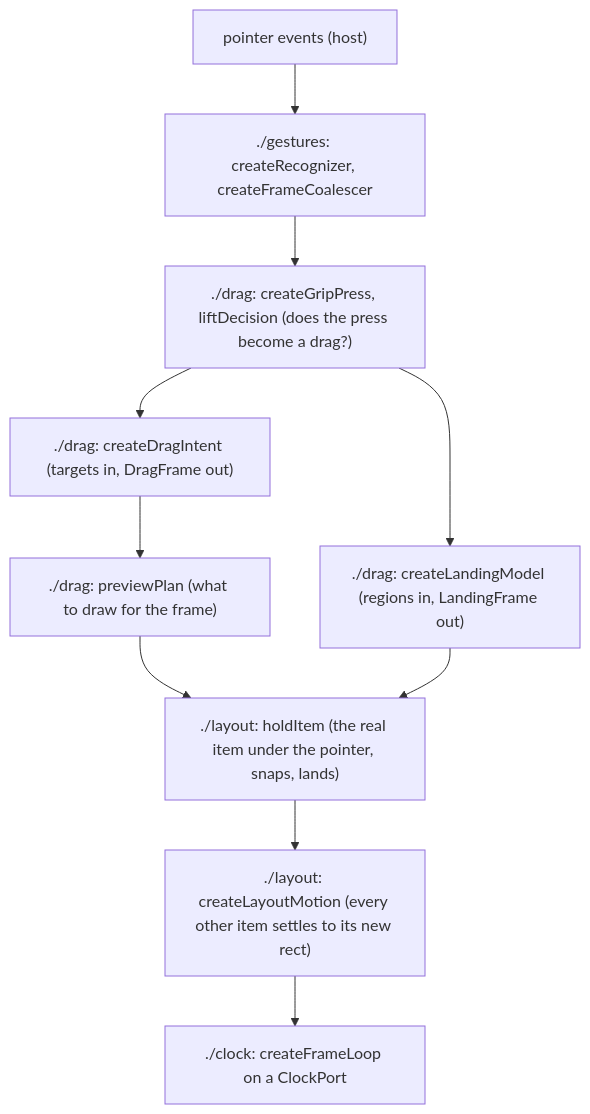
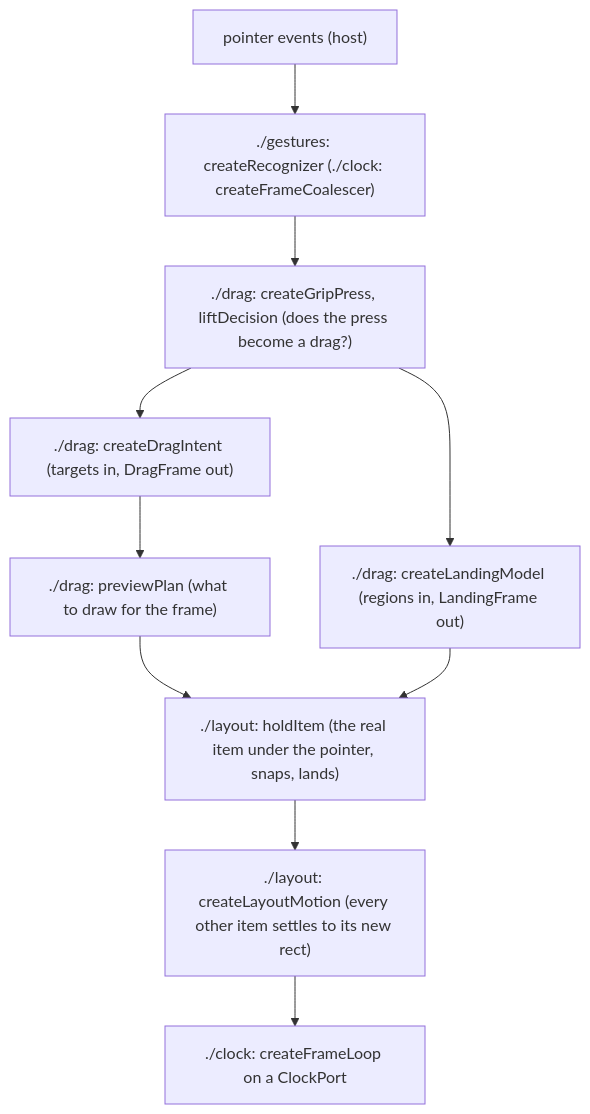
Before and after one commit to n-uf/motion: the second of 2 diagrams in docs/motion.md, drawn with Mermaid. The commit also changed other lines of this file and 3 other files, not shown here.

````diff
--- a/docs/motion.md
+++ b/docs/motion.md
@@ -94,19 +96,19 @@
 ```mermaid
 flowchart TB
   events["pointer events (host)"]
-  rec["./gestures: createRecognizer, createFrameCoalescer"]
+  rec["./gestures: createRecognizer (./clock: createFrameCoalescer)"]
   grip["./drag: createGripPress, liftDecision (does the press become a drag?)"]
   intent["./drag: createDragIntent (targets in, DragFrame out)"]
   landing["./drag: createLandingModel (regions in, LandingFrame out)"]
   plan["./drag: previewPlan (what to draw for the frame)"]
   held["./layout: holdItem (the real item under the pointer, snaps, lands)"]
   motion["./layout: createLayoutMotion (every other item settles to its new rect)"]
   loop["./clock: createFrameLoop on a ClockPort"]
   events --> rec --> grip
   grip --> intent
   grip --> landing
   intent --> plan --> held
   landing --> held
   held --> motion
   motion --> loop
 ```
````
